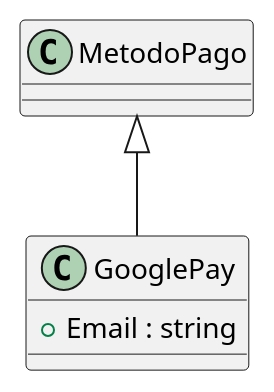
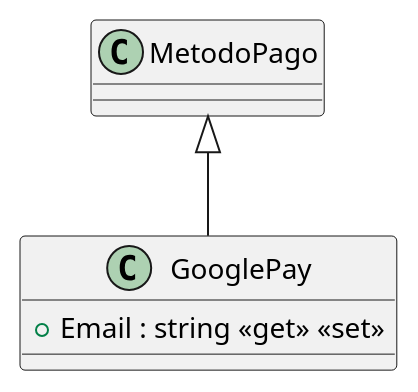
One commit to ISII2627JRJ/ISII2627JRJ changed the diagram in src/AppForSEII.API/ClassDiagram/GooglePay.puml. Above: the diagram before and after it, drawn with PlantUML. The commit also changed 11 other files, not shown here.

First line of the commit message:
Desarrollo de la clase paypal y actualizacion de diagramas uml (#42)

```diff
--- a/src/AppForSEII.API/ClassDiagram/GooglePay.puml
+++ b/src/AppForSEII.API/ClassDiagram/GooglePay.puml
@@ -1,4 +1,6 @@
+@startuml
 class GooglePay {
-    + Email : string
+    + Email : string <<get>> <<set>>
 }
 MetodoPago <|-- GooglePay
+@enduml
```
